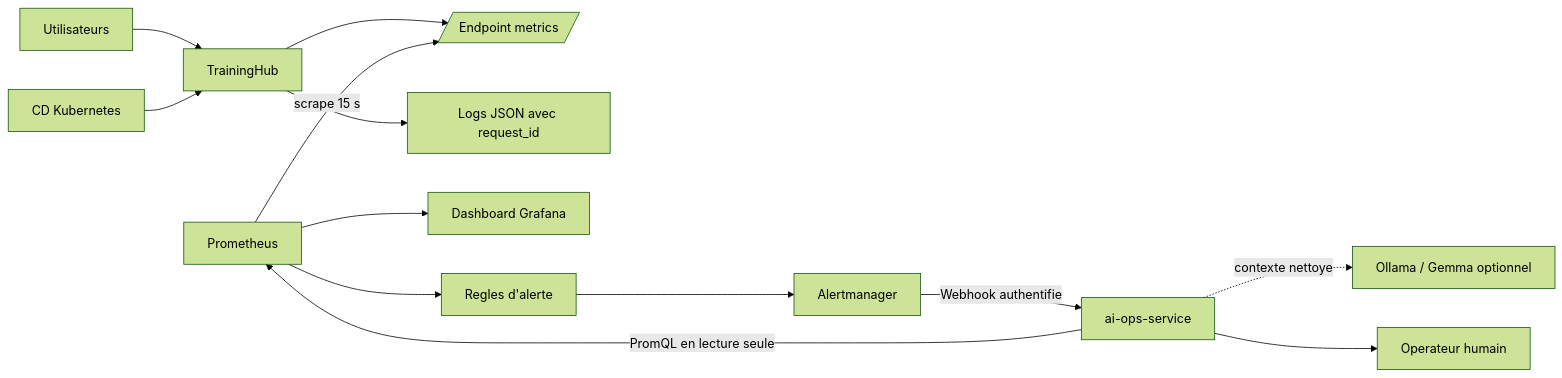
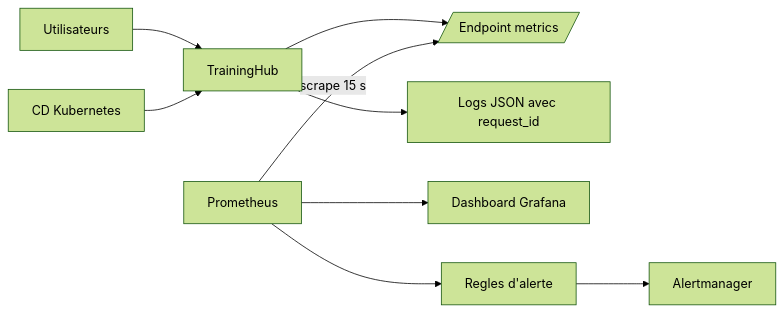
Before and after one commit to mohamedkhemaissia/projet_dev_sec_ops: the diagram in docs/observability.md, drawn with Mermaid (forest theme). The commit also changed other lines of this file and 57 other files, not shown here.

Commit message:
refactor: supprimer complètement le service AIOps

````diff
--- a/docs/observability.md
+++ b/docs/observability.md
@@ -21,15 +20,11 @@
 ```mermaid
 flowchart LR
     Users[Utilisateurs] --> App[TrainingHub]
     App --> Metrics[/Endpoint metrics/]
     App --> Logs[Logs JSON avec request_id]
     Prom[Prometheus] -->|scrape 15 s| Metrics
     Prom --> Grafana[Dashboard Grafana]
     Prom --> Rules[Regles d'alerte]
     Rules --> Alertmanager[Alertmanager]
-    Alertmanager -->|Webhook authentifie| AIOps[ai-ops-service]
-    AIOps -->|PromQL en lecture seule| Prom
-    AIOps -. contexte nettoye .-> Ollama[Ollama / Gemma optionnel]
-    AIOps --> Human[Operateur humain]
     CD[CD Kubernetes] --> App
 ```
````
